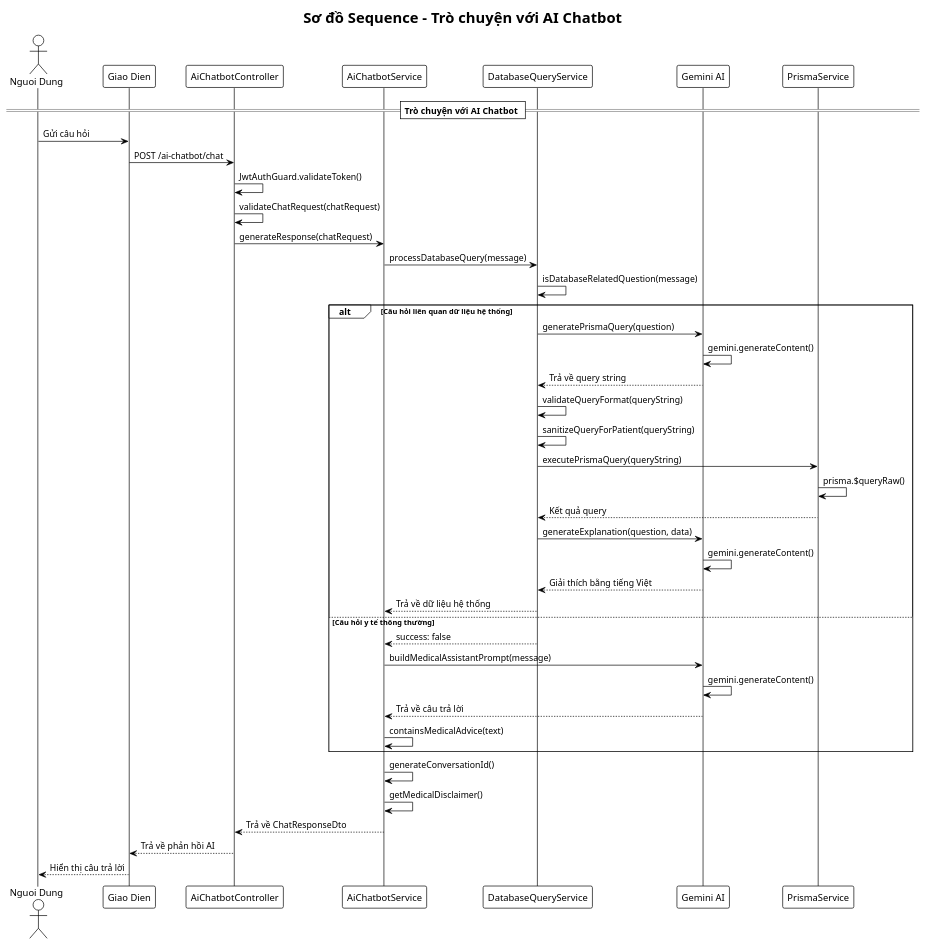
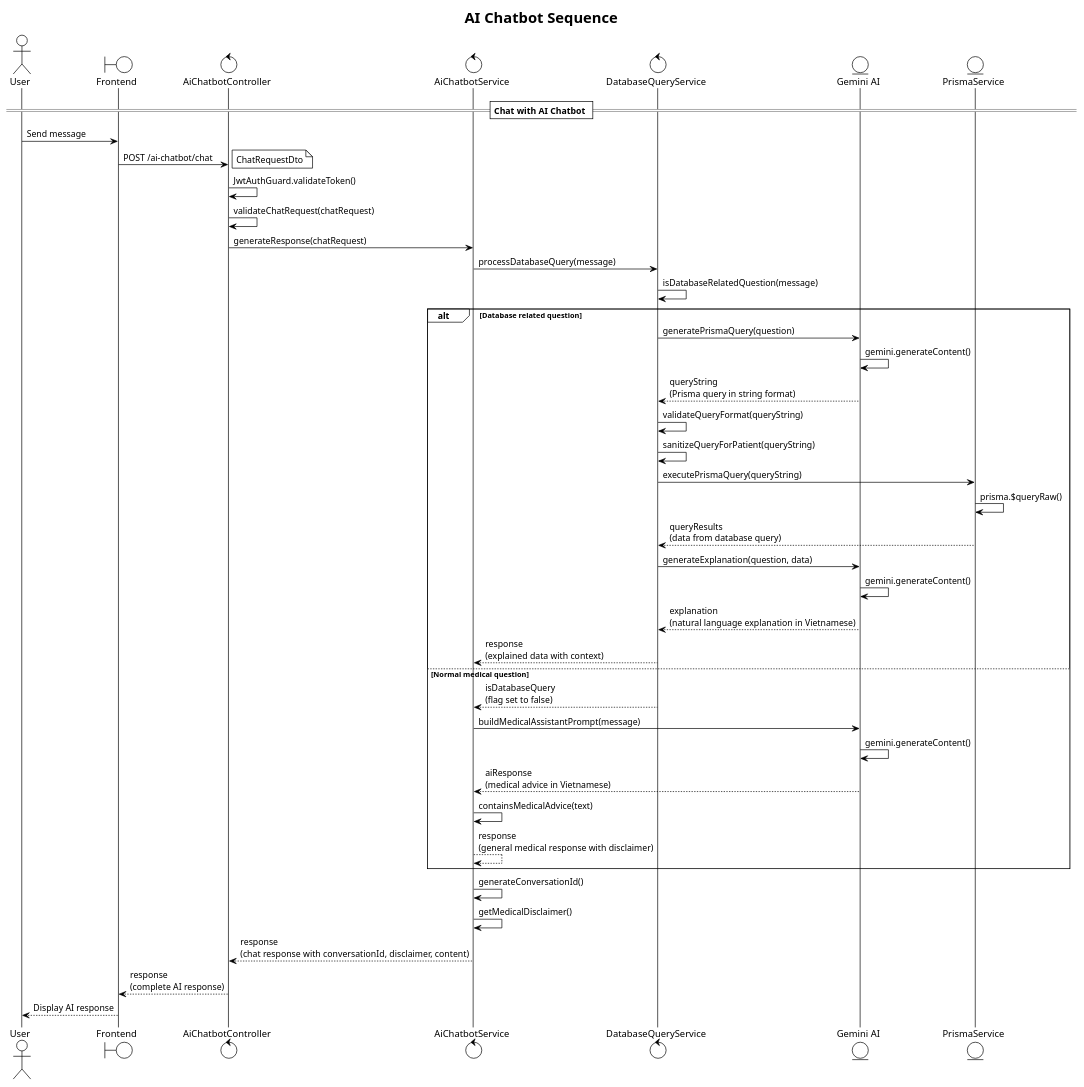
One commit to iamKhang/revita-be changed the diagram in docs/ai-chatbot-sequence.puml. Above: the diagram before and after it, drawn with PlantUML. The commit also changed 7 other files, not shown here.

Commit message:
Update sequence diagram

```diff
--- a/docs/ai-chatbot-sequence.puml
+++ b/docs/ai-chatbot-sequence.puml
@@ -1,50 +1,52 @@
 @startuml AI Chatbot Sequence Diagram
 !theme plain
-title Sơ đồ Sequence - Trò chuyện với AI Chatbot
+title AI Chatbot Sequence
 
-actor "Nguoi Dung" as U
-participant "Giao Dien" as UI
-participant "AiChatbotController" as C
-participant "AiChatbotService" as ACS
-participant "DatabaseQueryService" as DQS
-participant "Gemini AI" as GAI
-participant "PrismaService" as PS
+actor "User" as U
+boundary "Frontend" as F
+control "AiChatbotController" as C
+control "AiChatbotService" as ACS
+control "DatabaseQueryService" as DQS
+entity "Gemini AI" as GAI
+entity "PrismaService" as PS
 
-== Trò chuyện với AI Chatbot ==
+== Chat with AI Chatbot ==
 
-U -> UI: Gửi câu hỏi
-UI -> C: POST /ai-chatbot/chat
+U -> F: Send message
+F -> C: POST /ai-chatbot/chat
+note right: ChatRequestDto
 C -> C: JwtAuthGuard.validateToken()
 C -> C: validateChatRequest(chatRequest)
 C -> ACS: generateResponse(chatRequest)
 
 ACS -> DQS: processDatabaseQuery(message)
 DQS -> DQS: isDatabaseRelatedQuestion(message)
-alt Câu hỏi liên quan dữ liệu hệ thống
+alt Database related question
     DQS -> GAI: generatePrismaQuery(question)
     GAI -> GAI: gemini.generateContent()
-    GAI --> DQS: Trả về query string
+    GAI --> DQS: queryString\n(Prisma query in string format)
     DQS -> DQS: validateQueryFormat(queryString)
     DQS -> DQS: sanitizeQueryForPatient(queryString)
     DQS -> PS: executePrismaQuery(queryString)
     PS -> PS: prisma.$queryRaw()
-    PS --> DQS: Kết quả query
+    PS --> DQS: queryResults\n(data from database query)
     DQS -> GAI: generateExplanation(question, data)
     GAI -> GAI: gemini.generateContent()
-    GAI --> DQS: Giải thích bằng tiếng Việt
-    DQS --> ACS: Trả về dữ liệu hệ thống
-else Câu hỏi y tế thông thường
-    DQS --> ACS: success: false
+    GAI --> DQS: explanation\n(natural language explanation in Vietnamese)
+    DQS --> ACS: response\n(explained data with context)
+else Normal medical question
+    DQS --> ACS: isDatabaseQuery\n(flag set to false)
     ACS -> GAI: buildMedicalAssistantPrompt(message)
     GAI -> GAI: gemini.generateContent()
-    GAI --> ACS: Trả về câu trả lời
+    GAI --> ACS: aiResponse\n(medical advice in Vietnamese)
     ACS -> ACS: containsMedicalAdvice(text)
+    ACS --> ACS: response\n(general medical response with disclaimer)
 end
 
 ACS -> ACS: generateConversationId()
 ACS -> ACS: getMedicalDisclaimer()
-ACS --> C: Trả về ChatResponseDto
-C --> UI: Trả về phản hồi AI
-UI --> U: Hiển thị câu trả lời
+ACS --> C: response\n(chat response with conversationId, disclaimer, content)
+C --> F: response\n(complete AI response)
+F --> U: Display AI response
 
 @enduml
```
